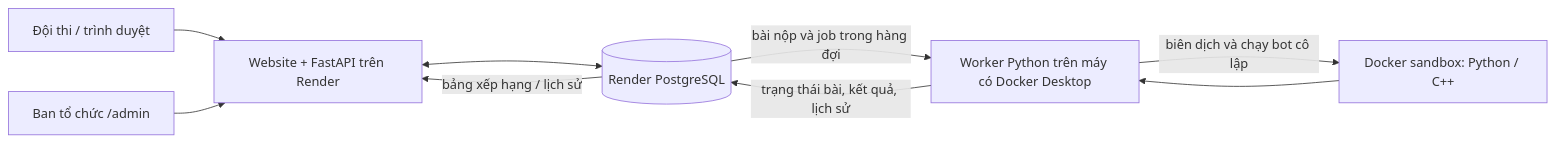
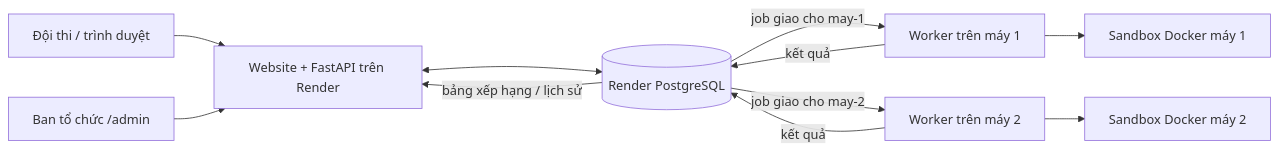
The diagram in README.md (Ppt05/Laptrinhmang_G8), drawn with Mermaid before and after one commit. The commit also changed other lines of this file and 10 other files, not shown here.

````diff
--- a/README.md
+++ b/README.md
@@ -14,11 +14,13 @@
 ```mermaid
 flowchart LR
     U[Đội thi / trình duyệt] --> WEB[Website + FastAPI trên Render]
     A[Ban tổ chức /admin] --> WEB
     WEB <--> DB[(Render PostgreSQL)]
-    DB -->|bài nộp và job trong hàng đợi| W[Worker Python trên máy có Docker Desktop]
-    W -->|biên dịch và chạy bot cô lập| S[Docker sandbox: Python / C++]
-    S --> W
-    W -->|trạng thái bài, kết quả, lịch sử| DB
+    DB -->|job giao cho may-1| W1[Worker trên máy 1]
+    DB -->|job giao cho may-2| W2[Worker trên máy 2]
+    W1 --> S1[Sandbox Docker máy 1]
+    W2 --> S2[Sandbox Docker máy 2]
+    W1 -->|kết quả| DB
+    W2 -->|kết quả| DB
     DB -->|bảng xếp hạng / lịch sử| WEB
 ```
````
